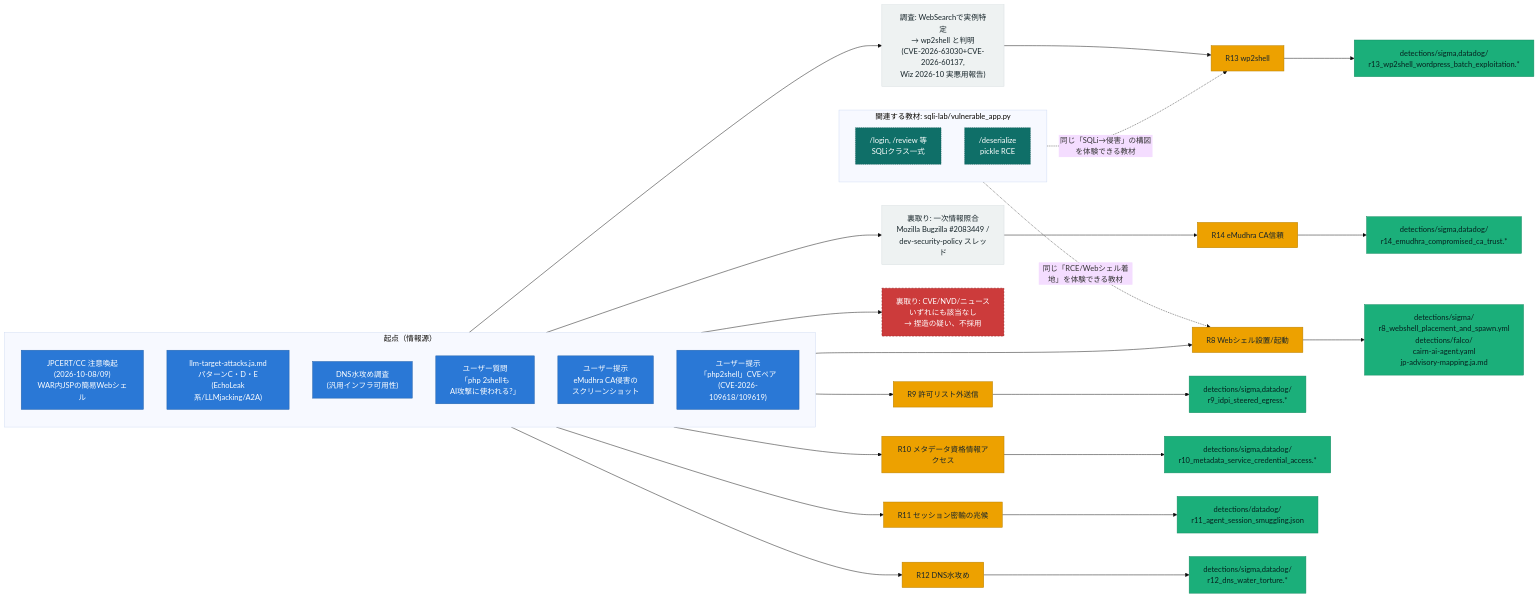
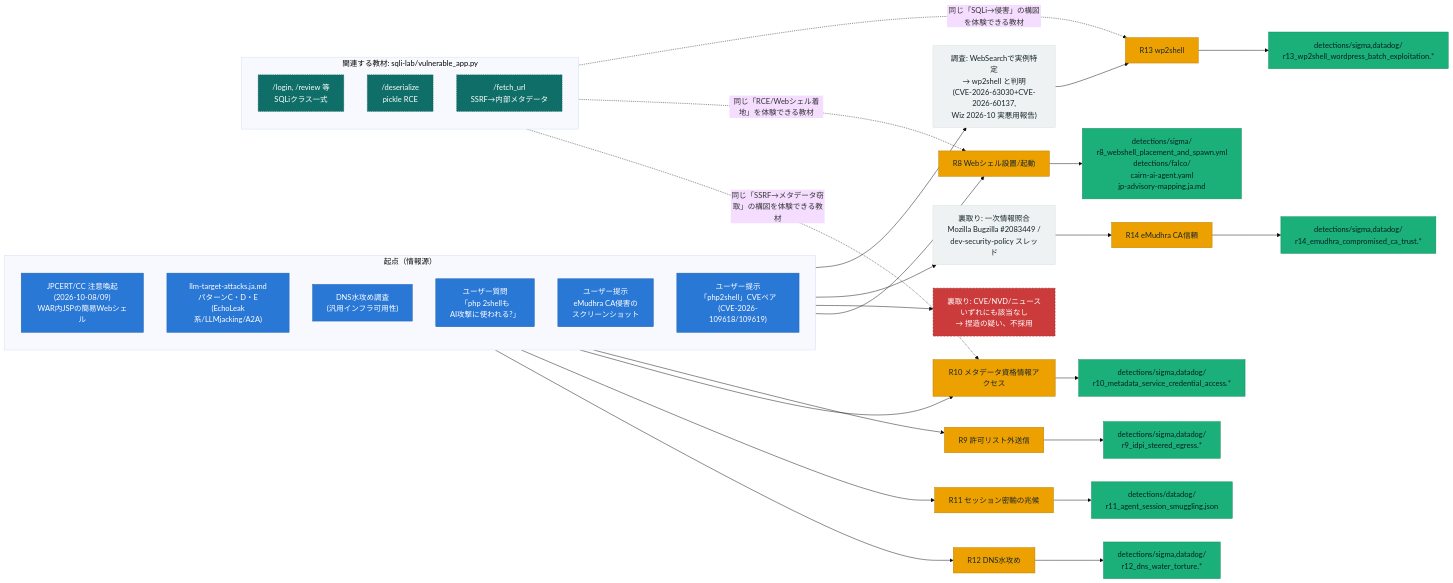
The third of 3 diagrams in security-scan/lineage.md (w-index-m/ai-agent-attack-defense), drawn with Mermaid (base theme) before and after one commit. The commit also changed other lines of this file and 3 other files, not shown here.

````diff
--- a/security-scan/lineage.md
+++ b/security-scan/lineage.md
@@ -125,47 +125,49 @@
 ```mermaid
 flowchart LR
   subgraph ORIG["起点（情報源）"]
     direction TB
     O8["JPCERT/CC 注意喚起<br/>(2026-10-08/09)<br/>WAR内JSPの簡易Webシェル"]:::origin
     O911["llm-target-attacks.ja.md<br/>パターンC・D・E<br/>(EchoLeak系/LLMjacking/A2A)"]:::origin
     O12["DNS水攻め調査<br/>(汎用インフラ可用性)"]:::origin
     O13q["ユーザー質問<br/>「php 2shellも<br/>AI攻撃に使われる?」"]:::origin
     O14q["ユーザー提示<br/>eMudhra CA侵害の<br/>スクリーンショット"]:::origin
     Ofake["ユーザー提示<br/>「php2shell」CVEペア<br/>(CVE-2026-109618/109619)"]:::origin
   end
 
   O13q --> V13["調査: WebSearchで実例特定<br/>→ wp2shell と判明<br/>(CVE-2026-63030+CVE-2026-60137,<br/>Wiz 2026-10 実悪用報告)"]:::verify
   O14q --> V14["裏取り: 一次情報照合<br/>Mozilla Bugzilla #2083449 /<br/>dev-security-policy スレッド"]:::verify
   Ofake --> VX["裏取り: CVE/NVD/ニュース<br/>いずれにも該当なし<br/>→ 捏造の疑い、不採用"]:::rejected
 
   O8 --> R8["R8 Webシェル設置/起動"]:::det
   O911 --> R9["R9 許可リスト外送信"]:::det
   O911 --> R10["R10 メタデータ資格情報アクセス"]:::det
   O911 --> R11["R11 セッション密輸の兆候"]:::det
   O12 --> R12["R12 DNS水攻め"]:::det
   V13 --> R13["R13 wp2shell"]:::det
   V14 --> R14["R14 eMudhra CA信頼"]:::det
 
   R8 --> D8["detections/sigma/<br/>r8_webshell_placement_and_spawn.yml<br/>detections/falco/<br/>cairn-ai-agent.yaml<br/>jp-advisory-mapping.ja.md"]:::artifact
   R9 --> D9["detections/sigma,datadog/<br/>r9_idpi_steered_egress.*"]:::artifact
   R10 --> D10["detections/sigma,datadog/<br/>r10_metadata_service_credential_access.*"]:::artifact
   R11 --> D11["detections/datadog/<br/>r11_agent_session_smuggling.json"]:::artifact
   R12 --> D12["detections/sigma,datadog/<br/>r12_dns_water_torture.*"]:::artifact
   R13 --> D13["detections/sigma,datadog/<br/>r13_wp2shell_wordpress_batch_exploitation.*"]:::artifact
   R14 --> D14["detections/sigma,datadog/<br/>r14_emudhra_compromised_ca_trust.*"]:::artifact
 
   subgraph LAB["関連する教材: sqli-lab/vulnerable_app.py"]
     direction TB
     sl_sqli["/login, /review 等<br/>SQLiクラス一式"]:::lab
     sl_rce["/deserialize<br/>pickle RCE"]:::lab
+    sl_ssrf["/fetch_url<br/>SSRF→内部メタデータ"]:::lab
   end
   sl_sqli -.同じ「SQLi→侵害」の構図を体験できる教材.-> R13
   sl_rce -.同じ「RCE/Webシェル着地」を体験できる教材.-> R8
+  sl_ssrf -.同じ「SSRF→メタデータ窃取」の構図を体験できる教材.-> R10
 
   classDef origin fill:#2a78d6,color:#fff,stroke:#215fa8;
   classDef verify fill:#eef2f2,color:#18262b,stroke:#d6dedf;
   classDef rejected fill:#cc3b3b,color:#fff,stroke:#8f1f1f,stroke-dasharray: 4 3;
   classDef det fill:#eda100,color:#18262b,stroke:#b57e00;
   classDef artifact fill:#1baf7a,color:#06211f,stroke:#148a60;
   classDef lab fill:#0f6f68,color:#fff,stroke:#0a4f4a,stroke-dasharray: 2 2;
 ```
````
